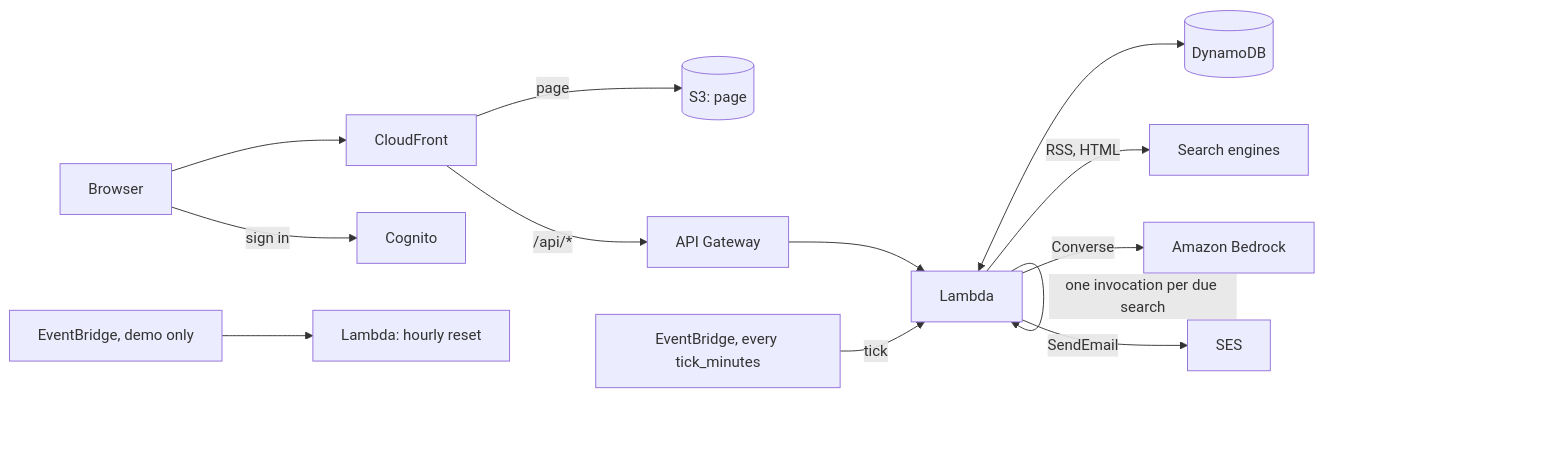
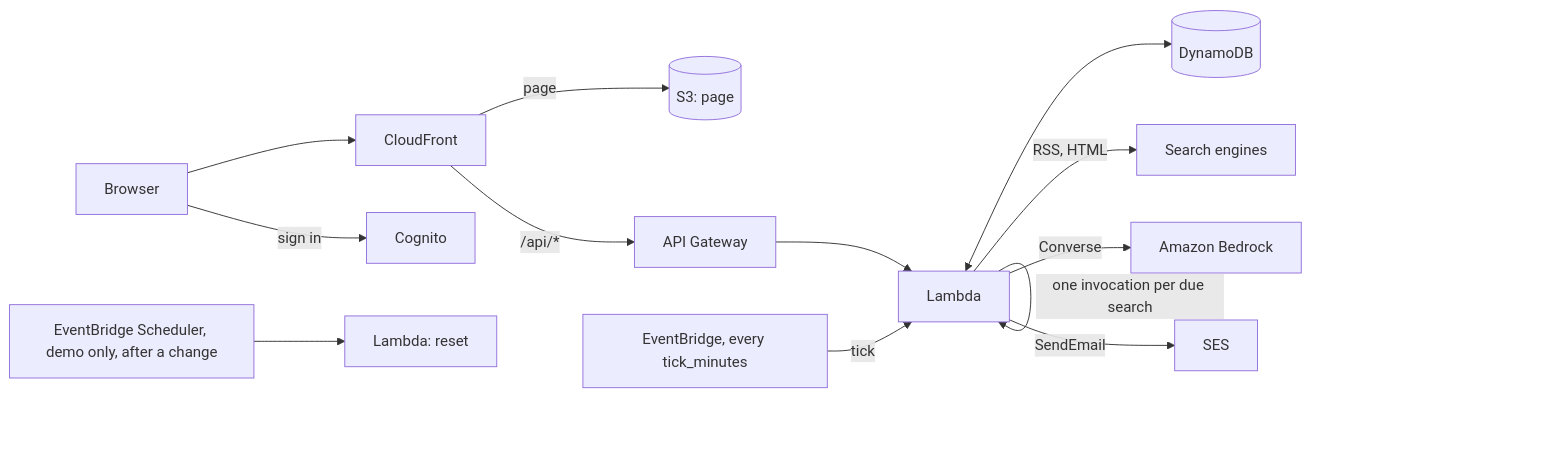
The diagram in README.md (Tozapid/search-serverless-aws), drawn with Mermaid before and after one commit. The commit also changed other lines of this file and 14 other files, not shown here.

````diff
--- a/README.md
+++ b/README.md
@@ -29,14 +29,14 @@
 ```mermaid
 flowchart LR
   B[Browser] --> CF[CloudFront]
   CF -->|page| WEB[(S3: page)]
   CF -->|/api/*| API[API Gateway] --> L[Lambda]
   B -->|sign in| COG[Cognito]
   EB[EventBridge, every tick_minutes] -->|tick| L
   L -->|one invocation per due search| L
   L <--> DB[(DynamoDB)]
   L -->|RSS, HTML| SE[Search engines]
   L -->|Converse| BR[Amazon Bedrock]
   L -->|SendEmail| SES[SES]
-  EB2[EventBridge, demo only] --> R[Lambda: hourly reset]
+  EB2[EventBridge Scheduler, demo only, after a change] --> R[Lambda: reset]
 ```
````
